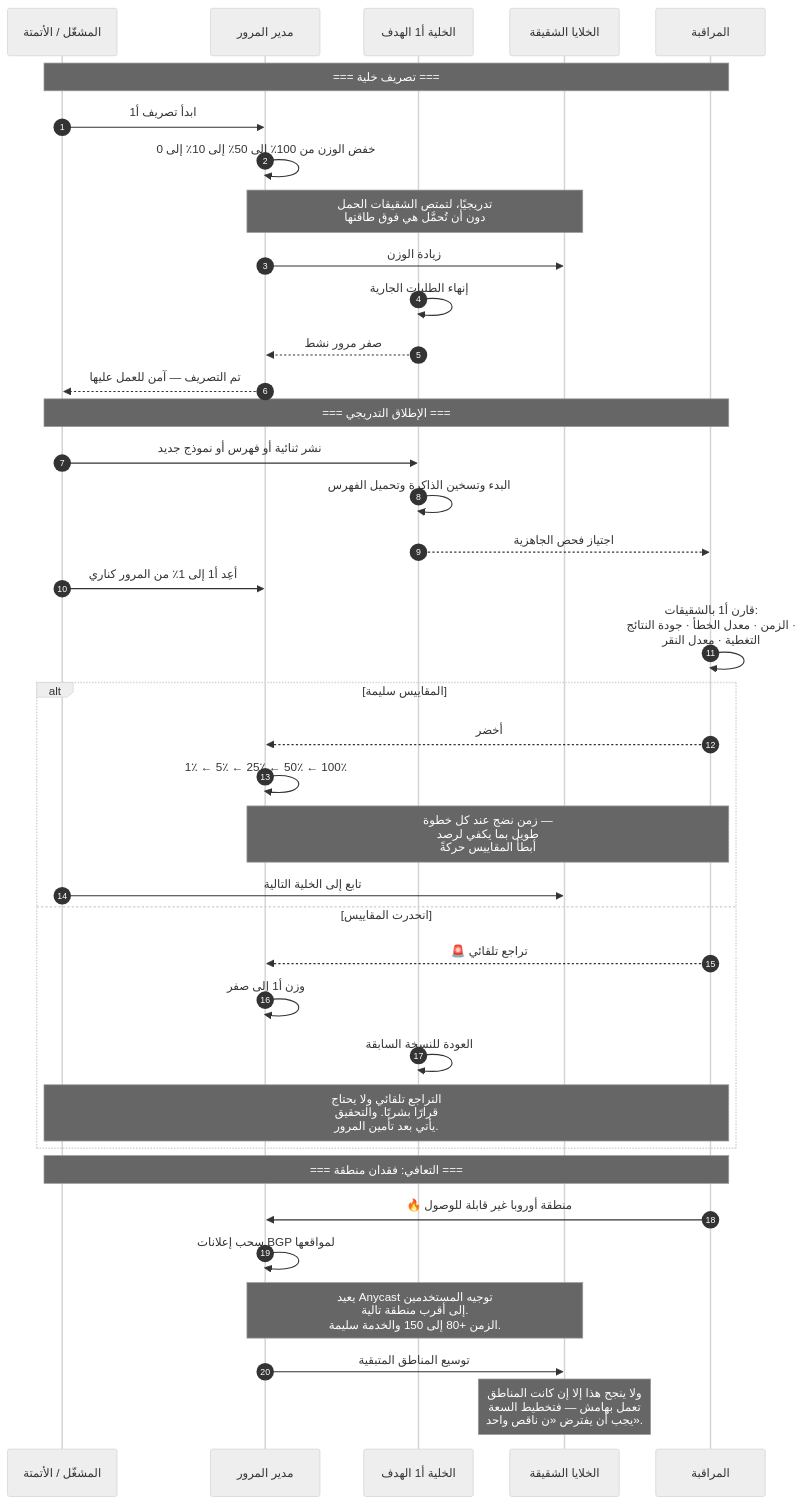
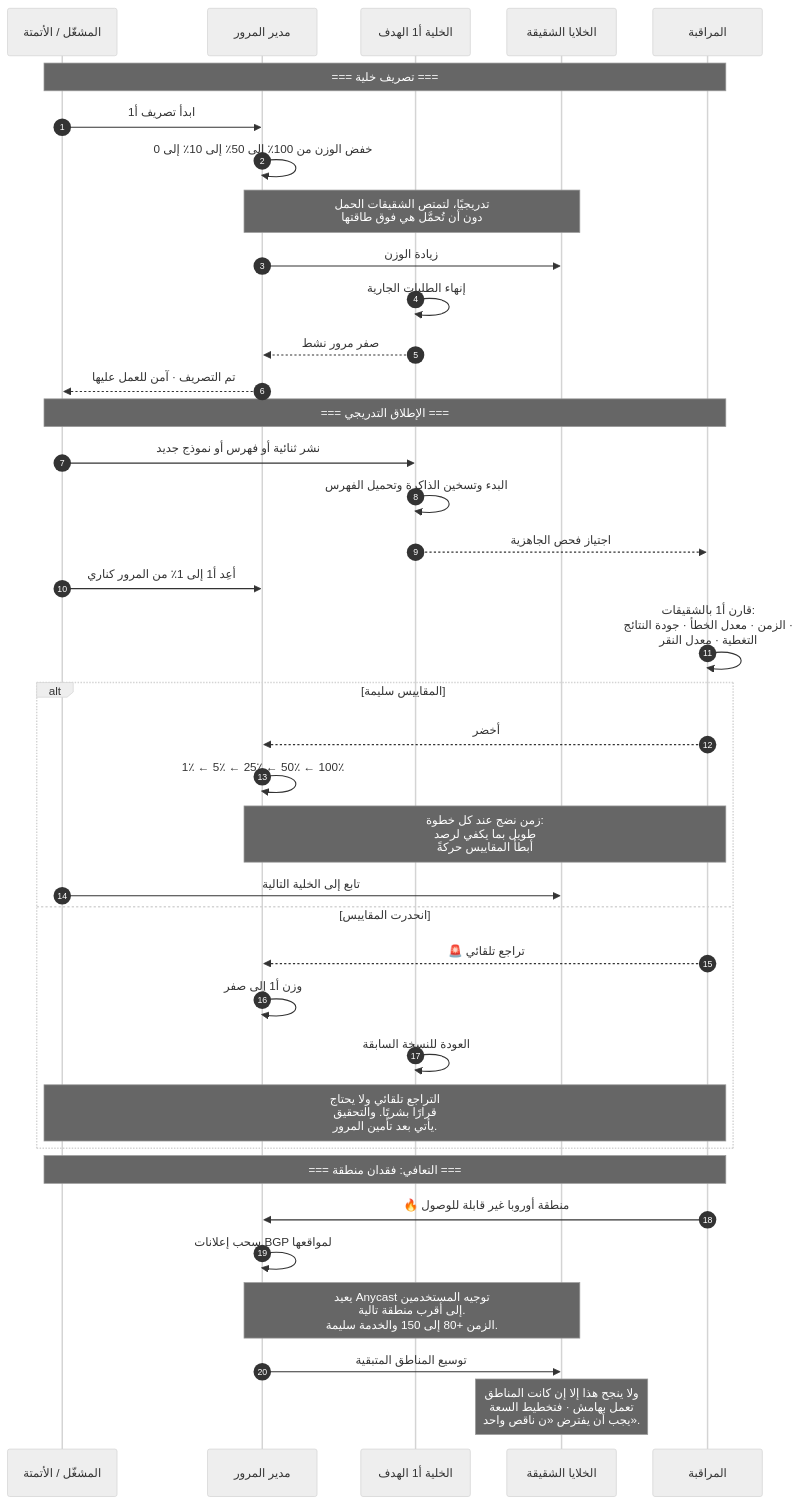
One commit to ahmedselimmansor-ctrl/google-search-system-design changed the fifth of 5 diagrams in docs/ar/12-reliability.md. Above: the diagram before and after it, drawn with Mermaid (neutral theme). The commit also changed other lines of this file and 89 other files, not shown here.

````diff
--- a/docs/ar/12-reliability.md
+++ b/docs/ar/12-reliability.md
@@ -314,45 +314,45 @@
 ```mermaid
 sequenceDiagram
     autonumber
     participant OP as المشغّل / الأتمتة
     participant TM as مدير المرور
     participant C1 as الخلية أ1 الهدف
     participant C2 as الخلايا الشقيقة
     participant MON as المراقبة
 
     Note over OP,MON: === تصريف خلية ===
     OP->>TM: ابدأ تصريف أ1
     TM->>TM: خفض الوزن من 100٪ إلى 50٪ إلى 10٪ إلى 0
     Note over TM,C2: تدريجيًا، لتمتص الشقيقات الحمل<br/>دون أن تُحمَّل هي فوق طاقتها
     TM->>C2: زيادة الوزن
     C1->>C1: إنهاء الطلبات الجارية
     C1-->>TM: صفر مرور نشط
-    TM-->>OP: تم التصريف — آمن للعمل عليها
+    TM-->>OP: تم التصريف · آمن للعمل عليها
 
     Note over OP,MON: === الإطلاق التدريجي ===
     OP->>C1: نشر ثنائية أو فهرس أو نموذج جديد
     C1->>C1: البدء وتسخين الذاكرة وتحميل الفهرس
     C1-->>MON: اجتياز فحص الجاهزية
     OP->>TM: أعِد أ1 إلى 1٪ من المرور كناري
 
     MON->>MON: قارن أ1 بالشقيقات:<br/>الزمن · معدل الخطأ · جودة النتائج ·<br/>التغطية · معدل النقر
 
     alt المقاييس سليمة
         MON-->>TM: أخضر
         TM->>TM: 1٪ ← 5٪ ← 25٪ ← 50٪ ← 100٪
-        Note over TM,MON: زمن نضج عند كل خطوة —<br/>طويل بما يكفي لرصد<br/>أبطأ المقاييس حركةً
+        Note over TM,MON: زمن نضج عند كل خطوة:<br/>طويل بما يكفي لرصد<br/>أبطأ المقاييس حركةً
         OP->>C2: تابع إلى الخلية التالية
     else انحدرت المقاييس
         MON-->>TM: 🚨 تراجع تلقائي
         TM->>TM: وزن أ1 إلى صفر
         C1->>C1: العودة للنسخة السابقة
         Note over OP,MON: التراجع تلقائي ولا يحتاج<br/>قرارًا بشريًا. والتحقيق<br/>يأتي بعد تأمين المرور.
     end
 
     Note over OP,MON: === التعافي: فقدان منطقة ===
     MON->>TM: 🔥 منطقة أوروبا غير قابلة للوصول
     TM->>TM: سحب إعلانات BGP لمواقعها
     Note over TM,C2: يعيد Anycast توجيه المستخدمين<br/>إلى أقرب منطقة تالية.<br/>الزمن +80 إلى 150 والخدمة سليمة.
     TM->>C2: توسيع المناطق المتبقية
-    Note over C2: ولا ينجح هذا إلا إن كانت المناطق<br/>تعمل بهامش — فتخطيط السعة<br/>يجب أن يفترض «ن ناقص واحد».
+    Note over C2: ولا ينجح هذا إلا إن كانت المناطق<br/>تعمل بهامش · فتخطيط السعة<br/>يجب أن يفترض «ن ناقص واحد».
 ```
````
